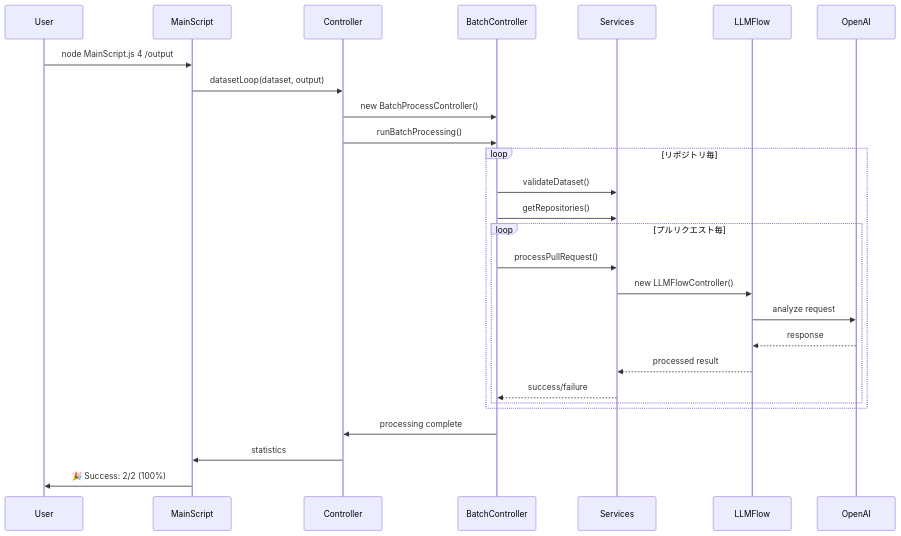
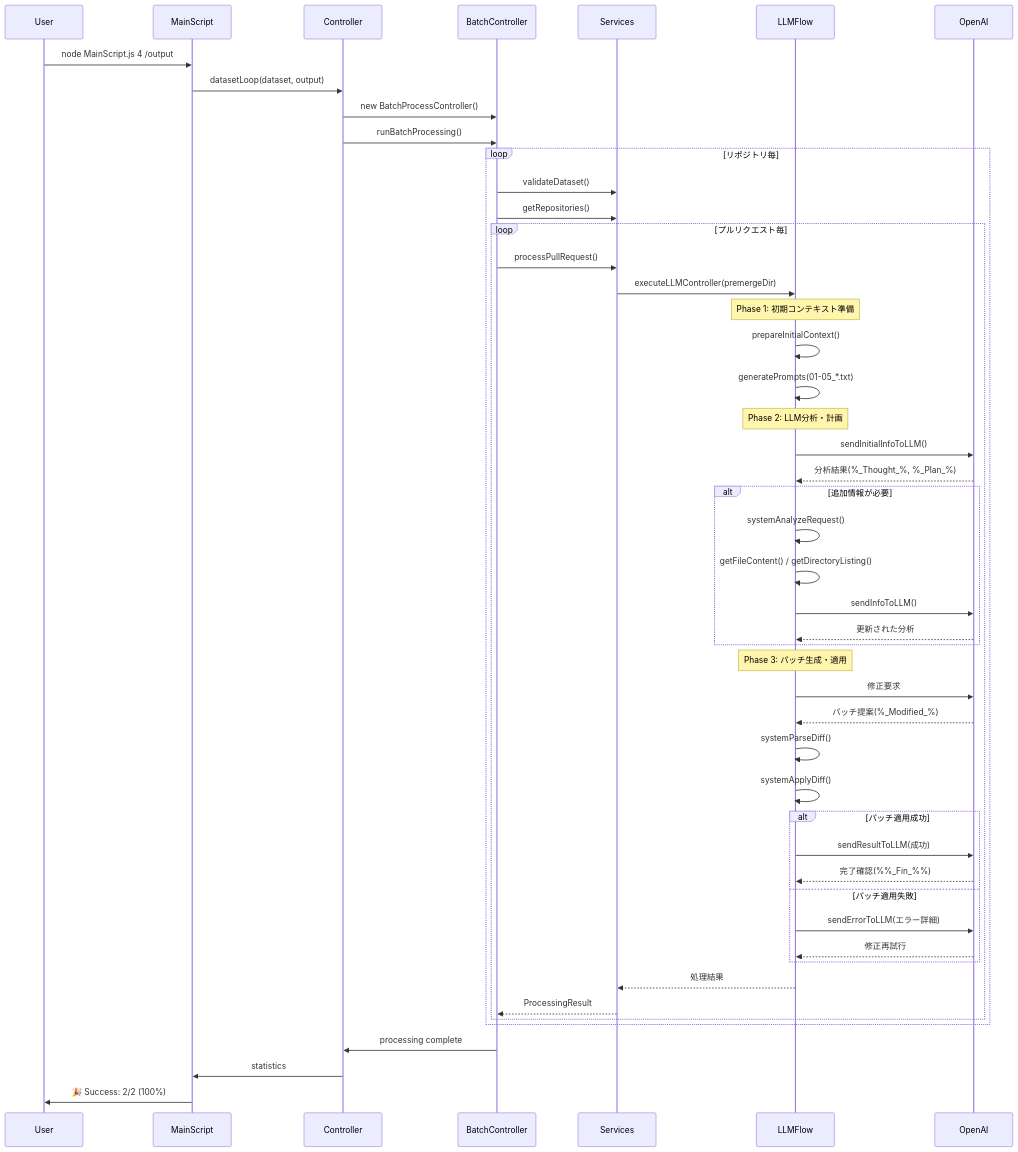
Before and after one commit to lxzLocus/gRPC_Analyzer: the second of 3 diagrams in README.md, drawn with Mermaid. The commit also changed other lines of this file and 3 other files, not shown here.

````diff
--- a/README.md
+++ b/README.md
@@ -166,33 +166,62 @@
 ```mermaid
 sequenceDiagram
     participant User
     participant MainScript
     participant Controller
     participant BatchController
     participant Services
     participant LLMFlow
     participant OpenAI
     
     User->>MainScript: node MainScript.js 4 /output
     MainScript->>Controller: datasetLoop(dataset, output)
     Controller->>BatchController: new BatchProcessController()
     Controller->>BatchController: runBatchProcessing()
     
     loop リポジトリ毎
         BatchController->>Services: validateDataset()
         BatchController->>Services: getRepositories()
         
+    
         loop プルリクエスト毎
             BatchController->>Services: processPullRequest()
-            Services->>LLMFlow: new LLMFlowController()
-            LLMFlow->>OpenAI: analyze request
-            OpenAI-->>LLMFlow: response
-            LLMFlow-->>Services: processed result
-            Services-->>BatchController: success/failure
+            Services->>LLMFlow: executeLLMController(premergeDir)
+            
+            Note over LLMFlow: Phase 1: 初期コンテキスト準備
+            LLMFlow->>LLMFlow: prepareInitialContext()
+            LLMFlow->>LLMFlow: generatePrompts(01-05_*.txt)
+            
+            Note over LLMFlow: Phase 2: LLM分析・計画
+            LLMFlow->>OpenAI: sendInitialInfoToLLM()
+            OpenAI-->>LLMFlow: 分析結果(%_Thought_%, %_Plan_%)
+            
+            alt 追加情報が必要
+                LLMFlow->>LLMFlow: systemAnalyzeRequest()
+                LLMFlow->>LLMFlow: getFileContent() / getDirectoryListing()
+                LLMFlow->>OpenAI: sendInfoToLLM()
+                OpenAI-->>LLMFlow: 更新された分析
+            end
+            
+            Note over LLMFlow: Phase 3: パッチ生成・適用
+            LLMFlow->>OpenAI: 修正要求
+            OpenAI-->>LLMFlow: パッチ提案(%_Modified_%)
+            LLMFlow->>LLMFlow: systemParseDiff()
+            LLMFlow->>LLMFlow: systemApplyDiff()
+            
+            alt パッチ適用成功
+                LLMFlow->>OpenAI: sendResultToLLM(成功)
+                OpenAI-->>LLMFlow: 完了確認(%%_Fin_%%)
+            else パッチ適用失敗
+                LLMFlow->>OpenAI: sendErrorToLLM(エラー詳細)
+                OpenAI-->>LLMFlow: 修正再試行
+            end
+            
+            LLMFlow-->>Services: 処理結果
+            Services-->>BatchController: ProcessingResult
         end
     end
     
     BatchController->>Controller: processing complete
     Controller->>MainScript: statistics
     MainScript->>User: 🎉 Success: 2/2 (100%)
 ```
````
